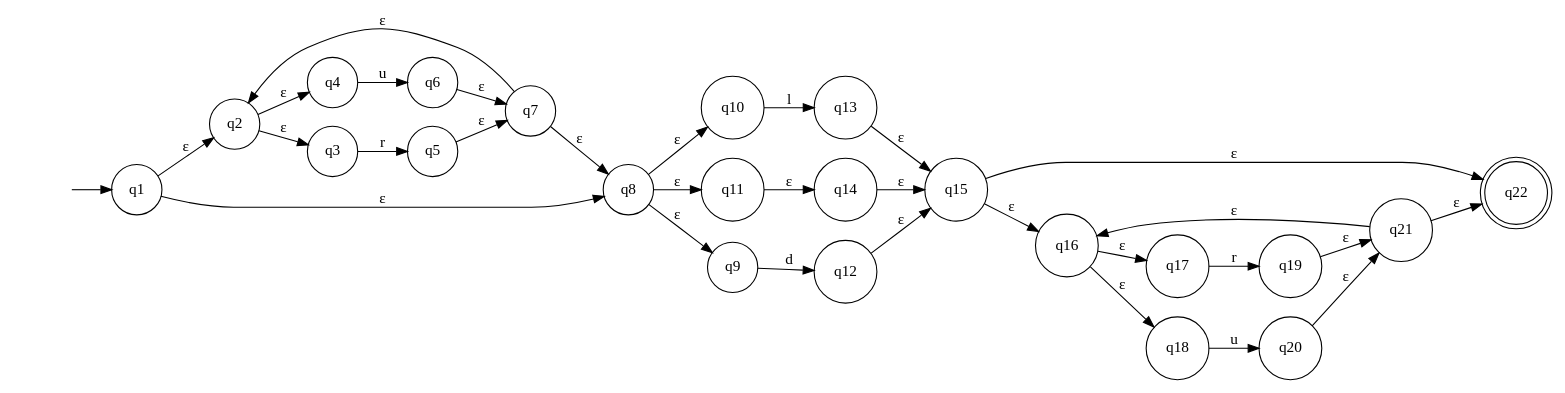
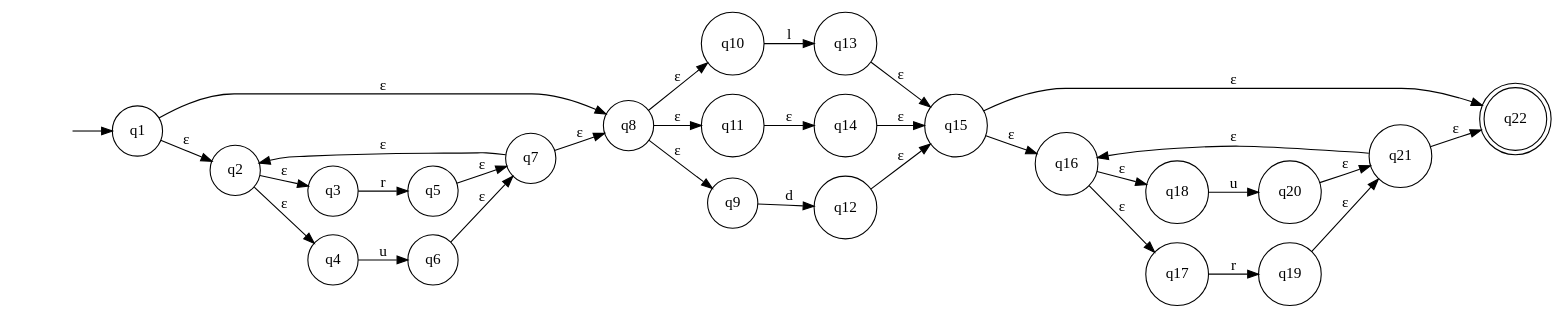
Before and after one commit to itsmeavi/POLmc: the diagram in waterexpect.gv, drawn with Graphviz. The commit also changed other lines of this file and 5 other files, not shown here.

```diff
--- a/waterexpect.gv
+++ b/waterexpect.gv
@@ -1,56 +1,56 @@
 digraph waterexpect {
 	graph [rankdir=LR]
 	"" [label="" shape=plaintext]
 	q22 [label=q22 shape=doublecircle]
+	q20 [label=q20 shape=circle]
+	q5 [label=q5 shape=circle]
+	q12 [label=q12 shape=circle]
+	q15 [label=q15 shape=circle]
+	q3 [label=q3 shape=circle]
+	q19 [label=q19 shape=circle]
+	q18 [label=q18 shape=circle]
+	q21 [label=q21 shape=circle]
+	q1 [label=q1 shape=circle]
+	q8 [label=q8 shape=circle]
+	q4 [label=q4 shape=circle]
 	q17 [label=q17 shape=circle]
-	q19 [label=q19 shape=circle]
-	q4 [label=q4 shape=circle]
-	q5 [label=q5 shape=circle]
+	q10 [label=q10 shape=circle]
 	q6 [label=q6 shape=circle]
-	q10 [label=q10 shape=circle]
-	q11 [label=q11 shape=circle]
-	q1 [label=q1 shape=circle]
-	q15 [label=q15 shape=circle]
-	q21 [label=q21 shape=circle]
-	q20 [label=q20 shape=circle]
-	q16 [label=q16 shape=circle]
-	q18 [label=q18 shape=circle]
 	q13 [label=q13 shape=circle]
 	q7 [label=q7 shape=circle]
 	q2 [label=q2 shape=circle]
-	q3 [label=q3 shape=circle]
+	q11 [label=q11 shape=circle]
 	q9 [label=q9 shape=circle]
-	q12 [label=q12 shape=circle]
 	q14 [label=q14 shape=circle]
-	q8 [label=q8 shape=circle]
+	q16 [label=q16 shape=circle]
 	"" -> q1 [label=""]
 	q1 -> q2 [label="ε"]
 	q1 -> q8 [label="ε"]
+	q2 -> q4 [label="ε"]
 	q2 -> q3 [label="ε"]
-	q2 -> q4 [label="ε"]
 	q3 -> q5 [label=r]
 	q4 -> q6 [label=u]
 	q5 -> q7 [label="ε"]
 	q6 -> q7 [label="ε"]
 	q7 -> q2 [label="ε"]
 	q7 -> q8 [label="ε"]
+	q8 -> q10 [label="ε"]
+	q8 -> q11 [label="ε"]
 	q8 -> q9 [label="ε"]
-	q8 -> q11 [label="ε"]
-	q8 -> q10 [label="ε"]
 	q9 -> q12 [label=d]
 	q10 -> q13 [label=l]
 	q11 -> q14 [label="ε"]
 	q12 -> q15 [label="ε"]
 	q13 -> q15 [label="ε"]
 	q14 -> q15 [label="ε"]
 	q15 -> q22 [label="ε"]
 	q15 -> q16 [label="ε"]
 	q16 -> q17 [label="ε"]
 	q16 -> q18 [label="ε"]
 	q17 -> q19 [label=r]
 	q18 -> q20 [label=u]
 	q19 -> q21 [label="ε"]
 	q20 -> q21 [label="ε"]
 	q21 -> q22 [label="ε"]
 	q21 -> q16 [label="ε"]
 }
```
